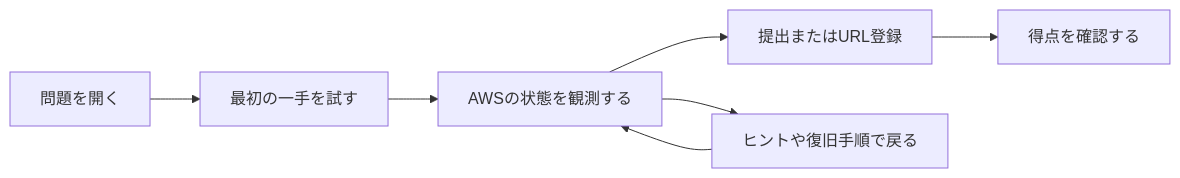
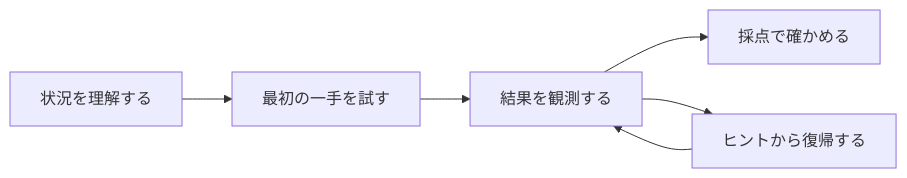
One commit to susumutomita/zenn-article changed the diagram in books/cloud-competition/good-problems.md. Above: the diagram before and after it, drawn with Mermaid. The commit also changed other lines of this file and 23 other files, not shown here.

````diff
--- a/books/cloud-competition/good-problems.md
+++ b/books/cloud-competition/good-problems.md
@@ -55,12 +12,11 @@
 ```mermaid
 flowchart LR
-    Start["問題を開く"]
-    Action["最初の一手を試す"]
-    Observe["AWSの状態を観測する"]
-    Submit["提出またはURL登録"]
-    Score["得点を確認する"]
-    Recover["ヒントや復旧手順で戻る"]
+    Story["状況を理解する"]
+    First["最初の一手を試す"]
+    Observe["結果を観測する"]
+    Judge["採点で確かめる"]
+    Recover["ヒントから復帰する"]
 
-    Start --> Action --> Observe --> Submit --> Score
+    Story --> First --> Observe --> Judge
     Observe --> Recover --> Observe
 ```
````
